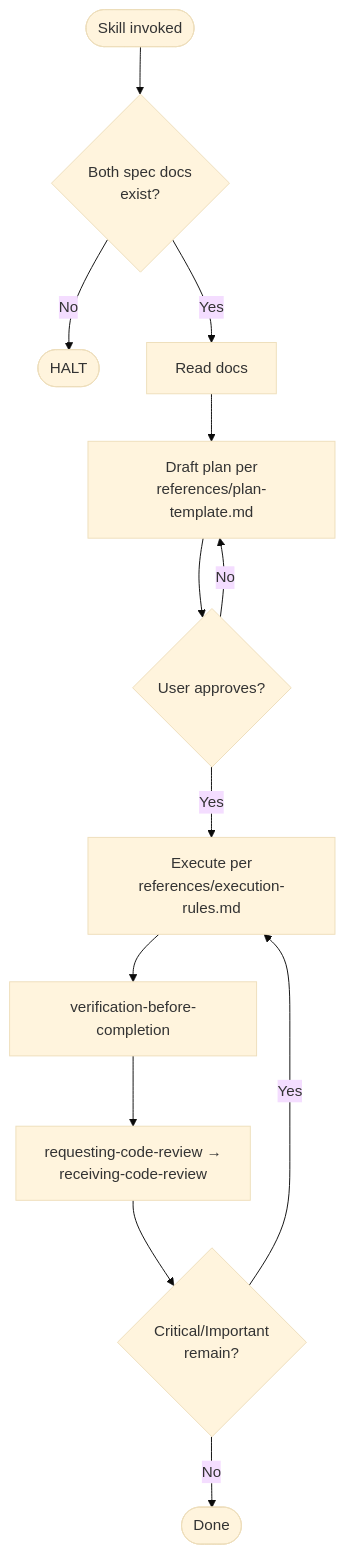
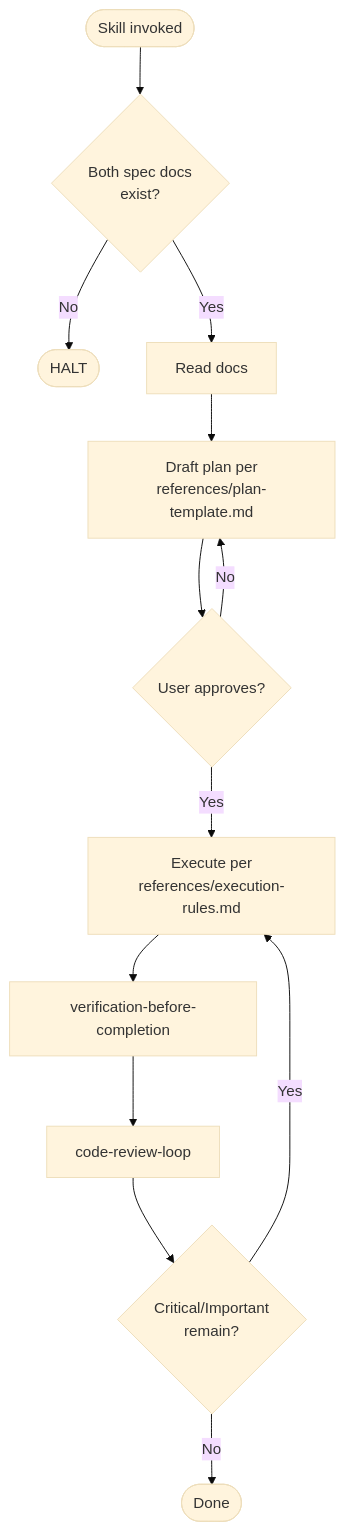
One commit to wintermaples/spec-coexist changed the diagram in .claude/skills/implementing-from-spec/SKILL.md. Above: the diagram before and after it, drawn with Mermaid (base theme). The commit also changed other lines of this file and 158 other files, not shown here.

````diff
--- a/.claude/skills/implementing-from-spec/SKILL.md
+++ b/.claude/skills/implementing-from-spec/SKILL.md
@@ -47,15 +47,15 @@
 ```mermaid
 flowchart TD
     Start([Skill invoked]) --> Q1{Both spec docs<br/>exist?}
     Q1 -- No --> Stop([HALT])
     Q1 -- Yes --> R[Read docs]
     R --> Plan[Draft plan per<br/>references/plan-template.md]
     Plan --> Approve{User approves?}
     Approve -- No --> Plan
     Approve -- Yes --> Impl[Execute per<br/>references/execution-rules.md]
     Impl --> Verify[verification-before-completion]
-    Verify --> Review[requesting-code-review →<br/>receiving-code-review]
+    Verify --> Review[code-review-loop]
     Review --> Crit{Critical/Important<br/>remain?}
     Crit -- Yes --> Impl
     Crit -- No --> End([Done])
 ```
````
